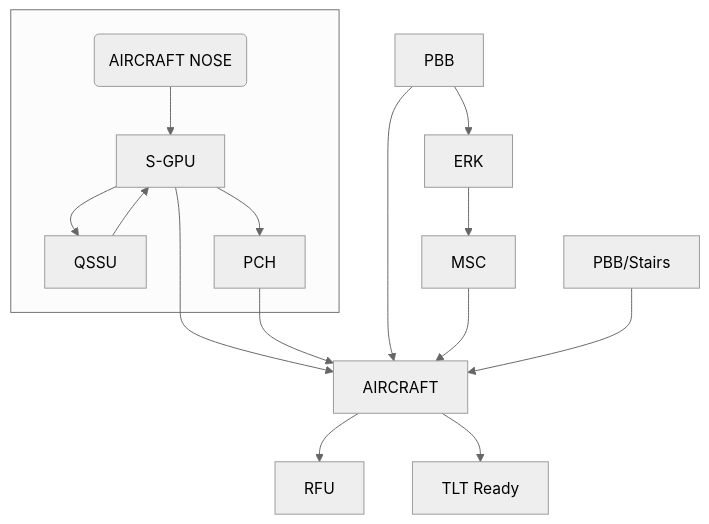
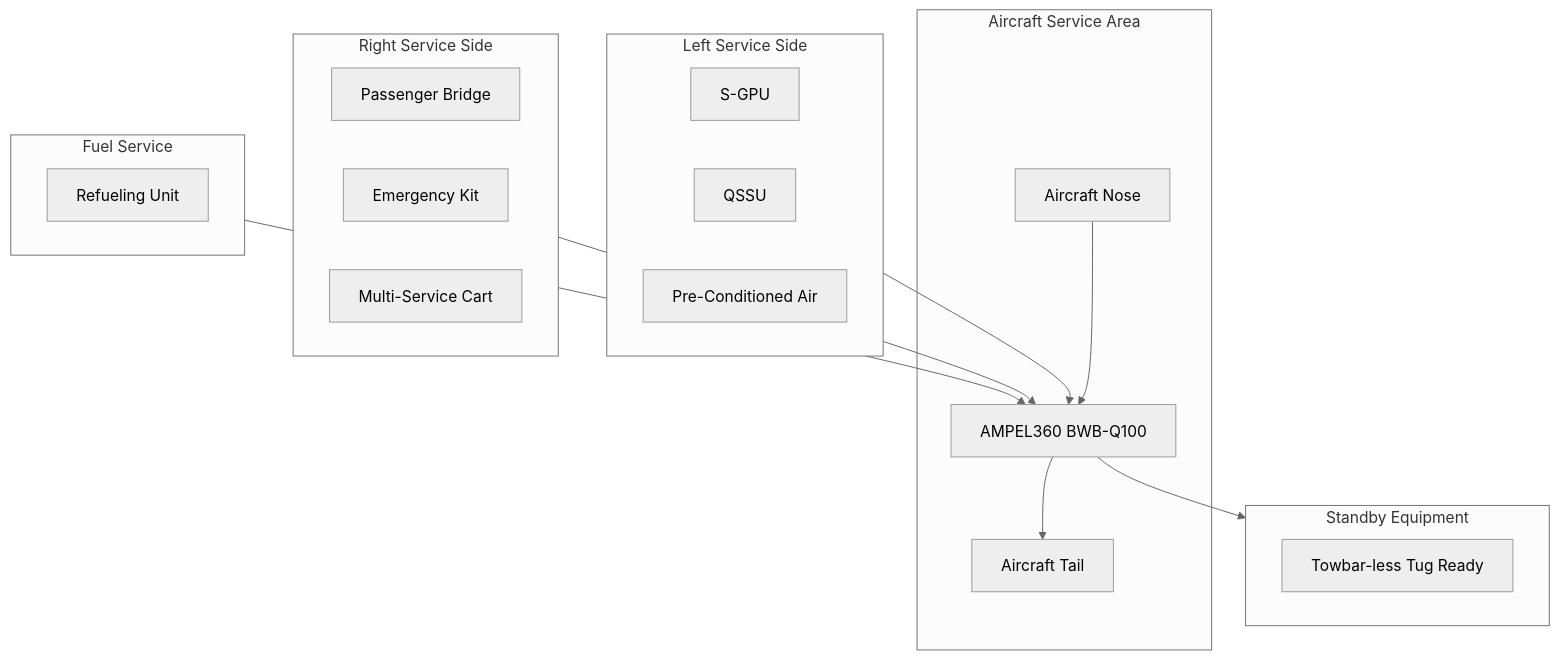
One commit to Robbbo-T/GAIA-QAO-ADVENT changed diagram 14 of 27 in Q-AIR/fleet/AMPEL360/BWBQ100/docs/ATA-chapters/ATA-00-General/ 00-40-00-00-Servicing/00-40-10-00-ServicePoints/00-40-10-03-TransitService.md. Above: the diagram before and after it, drawn with Mermaid (neutral theme). The commit also changed other lines of this file, not shown here.

````diff
--- a/Q-AIR/fleet/AMPEL360/BWBQ100/docs/ATA-chapters/ATA-00-General/ 00-40-00-00-Servicing/00-40-10-00-ServicePoints/00-40-10-03-TransitService.md
+++ b/Q-AIR/fleet/AMPEL360/BWBQ100/docs/ATA-chapters/ATA-00-General/ 00-40-00-00-Servicing/00-40-10-00-ServicePoints/00-40-10-03-TransitService.md
@@ -1614,33 +1614,35 @@
 ```mermaid
 flowchart TB
-    %% Transit Service Layout (00-40-10-03)
-    %% QSSU = Quick Service Support Unit
-    %% S-GPU = Static Ground Power Unit
-    %% PCH = Pre-Conditioned Air Hose
-    %% ERK = Emergency Rescue Kit
-    %% MSC = Maintenance Service Cart
-    %% RFU = Refueling Unit
-    %% PBB = Passenger Boarding Bridge
-    %% TLT Ready = Toilet Ready
-
-    subgraph aircraft_area[" "]
-        AIRNOSE("AIRCRAFT NOSE")
-        AIRNOSE --> S_GPU[S-GPU]
-        S_GPU --> QSSU[QSSU]
-        S_GPU --> PCH[PCH]
+    subgraph AIRCRAFT_AREA["Aircraft Service Area"]
+        NOSE[Aircraft Nose]
+        AIRCRAFT[AMPEL360 BWB-Q100]
+        TAIL[Aircraft Tail]
+        
+        NOSE --> AIRCRAFT --> TAIL
     end
-
-    S_GPU --> AIRCRAFT
-    PCH --> AIRCRAFT
-    QSSU --> S_GPU
-
-    PBB_LEFT[PBB] --> AIRCRAFT
-    PBB_LEFT --> ERK[ERK]
-    ERK --> MSC[MSC]
-    MSC --> AIRCRAFT
-
-    PBB_STAIRS[PBB/Stairs] --> AIRCRAFT
-    AIRCRAFT --> RFU[RFU]
-
-    AIRCRAFT --> TLT[TLT Ready]
+    
+    subgraph LEFT_SIDE["Left Service Side"]
+        SGPU[S-GPU]
+        QSSU[QSSU]
+        PCH[Pre-Conditioned Air]
+    end
+    
+    subgraph RIGHT_SIDE["Right Service Side"]
+        PBB[Passenger Bridge]
+        ERK[Emergency Kit]
+        MSC[Multi-Service Cart]
+    end
+    
+    subgraph FUEL_AREA["Fuel Service"]
+        RFU[Refueling Unit]
+    end
+    
+    subgraph STANDBY["Standby Equipment"]
+        TLT[Towbar-less Tug Ready]
+    end
+    
+    LEFT_SIDE --> AIRCRAFT
+    RIGHT_SIDE --> AIRCRAFT
+    FUEL_AREA --> AIRCRAFT
+    AIRCRAFT --> STANDBY
 ```
````
